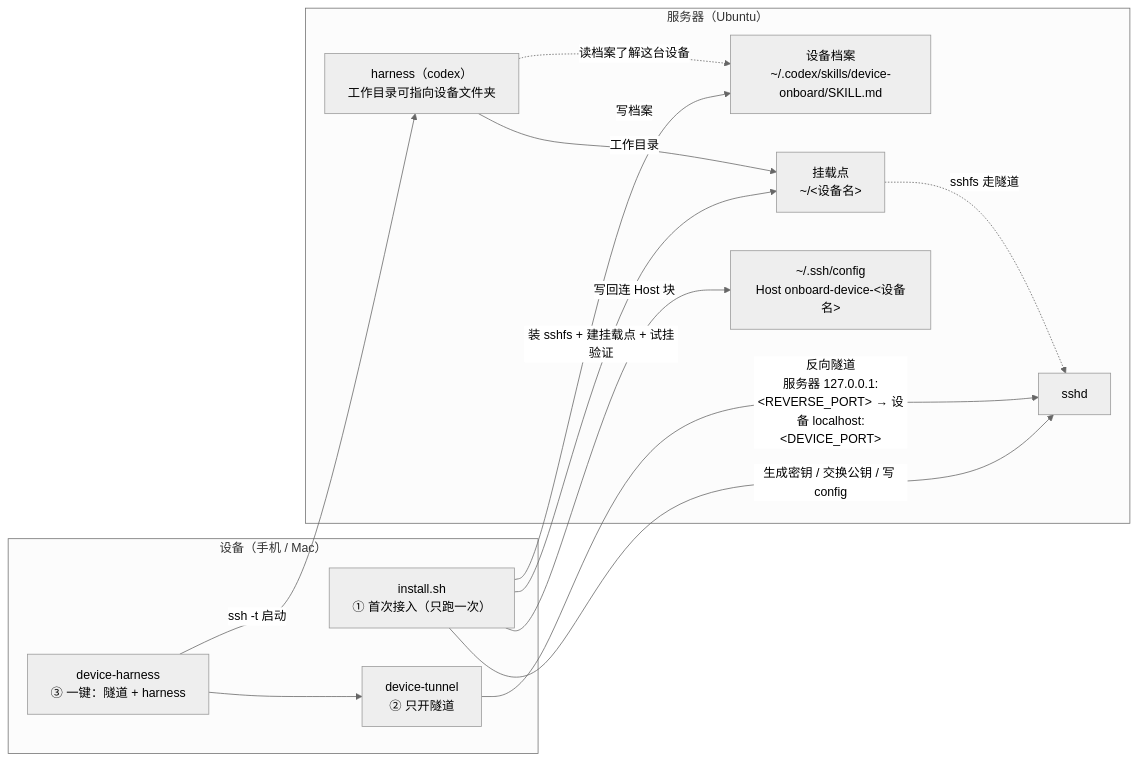
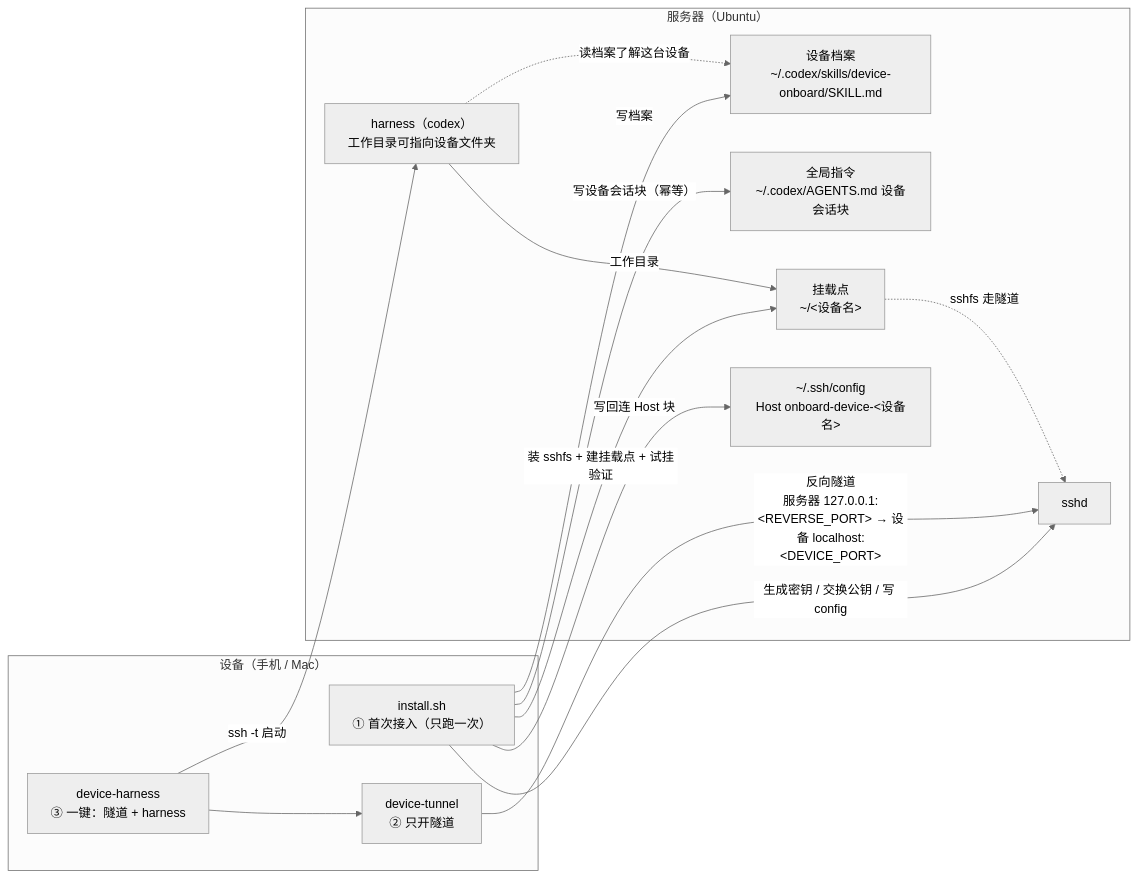
One commit to MuRain37/device-onboard changed the first of 7 diagrams in docs/flow.md. Above: the diagram before and after it, drawn with Mermaid (neutral theme). The commit also changed other lines of this file and 3 other files, not shown here.

First line of the commit message:
接入写 ~/.codex/AGENTS.md 设备会话块，harness 回退改落设备挂载点

````diff
--- a/docs/flow.md
+++ b/docs/flow.md
@@ -27,28 +27,30 @@
 ```mermaid
 flowchart LR
     subgraph DEV["设备（手机 / Mac）"]
         I["install.sh<br/>① 首次接入（只跑一次）"]
         T["device-tunnel<br/>② 只开隧道"]
         H["device-harness<br/>③ 一键：隧道 + harness"]
     end
 
     subgraph SRV["服务器（Ubuntu）"]
         SSH["sshd"]
         ARCH["设备档案<br/>~/.codex/skills/device-onboard/SKILL.md"]
+        AGENTS["全局指令<br/>~/.codex/AGENTS.md 设备会话块"]
         MP["挂载点<br/>~/&lt;设备名&gt;"]
         RUN["harness（codex）<br/>工作目录可指向设备文件夹"]
         REPO["~/.ssh/config<br/>Host onboard-device-&lt;设备名&gt;"]
     end
 
     I -->|"生成密钥 / 交换公钥 / 写 config"| SSH
     I -->|"写档案"| ARCH
+    I -->|"写设备会话块（幂等）"| AGENTS
     I -->|"装 sshfs + 建挂载点 + 试挂验证"| MP
     I -->|"写回连 Host 块"| REPO
 
     T -->|"反向隧道<br/>服务器 127.0.0.1:&lt;REVERSE_PORT&gt; → 设备 localhost:&lt;DEVICE_PORT&gt;"| SSH
     H --> T
     H -->|"ssh -t 启动"| RUN
     RUN -.->|"读档案了解这台设备"| ARCH
     RUN -->|"工作目录"| MP
     MP -.->|"sshfs 走隧道"| SSH
 ```
````
